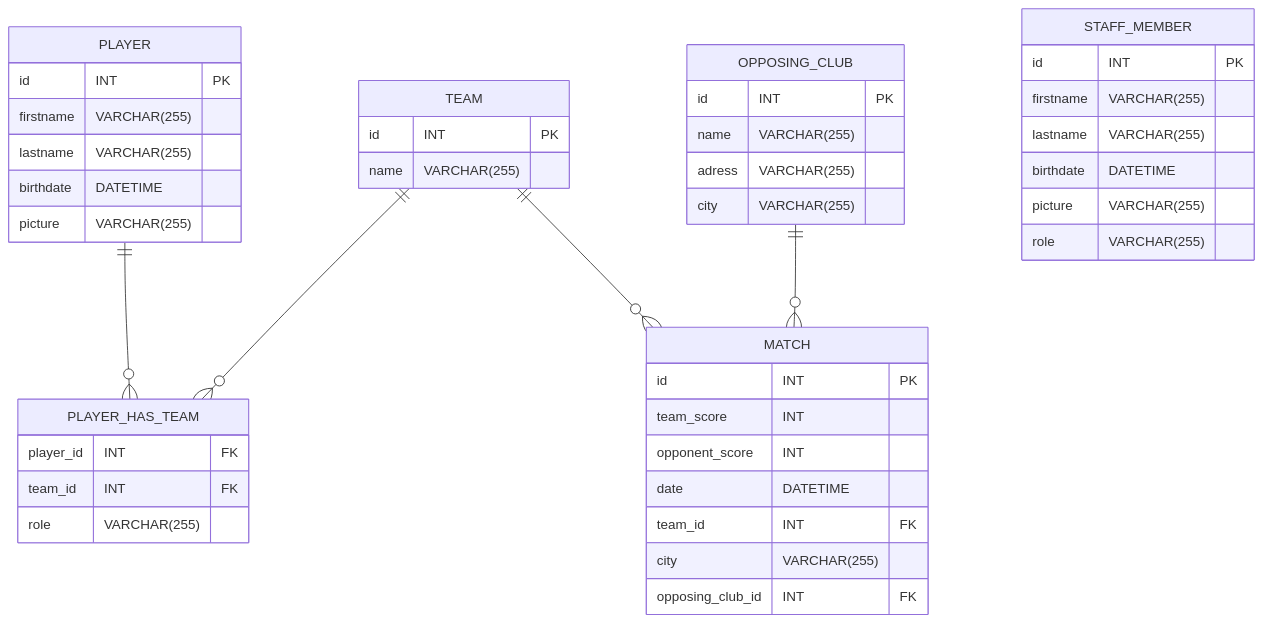
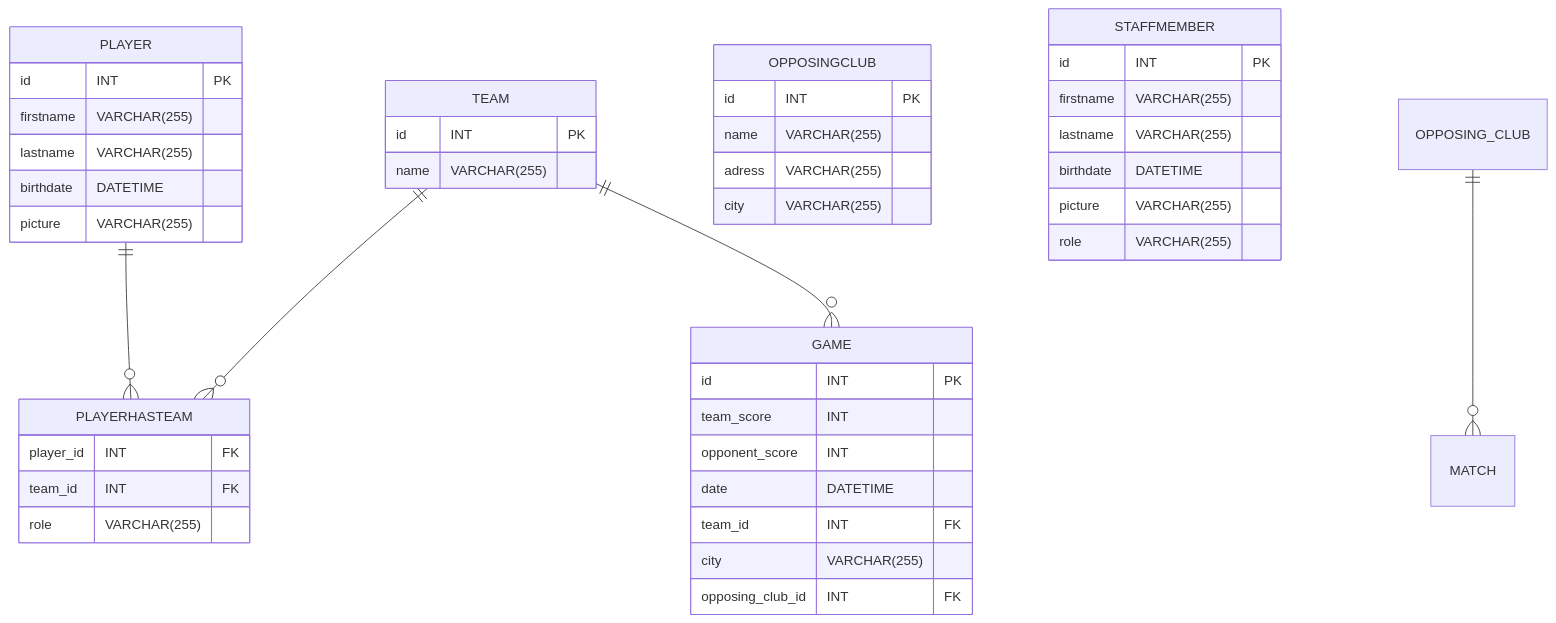
The diagram in README.md (Askeri0ns/EsportClub-Project), drawn with Mermaid before and after one commit.

Commit message:
Refactor database schema names in README.md

````diff
--- a/README.md
+++ b/README.md
@@ -4,47 +4,47 @@
 ```mermaid
 erDiagram
 	PLAYER {
 		id INT PK
 		firstname VARCHAR(255)
 		lastname VARCHAR(255)
 		birthdate DATETIME
 		picture VARCHAR(255)
 	}
-	PLAYER_HAS_TEAM {
+	PLAYERHASTEAM {
 		player_id INT FK
 		team_id INT FK
 		role VARCHAR(255)
 	}
 	TEAM {
 		id INT PK
 		name VARCHAR(255)
 	}
-	MATCH {
+	GAME {
 		id INT PK
 		team_score INT
 		opponent_score INT
 		date DATETIME
 		team_id INT FK
 		city VARCHAR(255)
 		opposing_club_id INT FK
 	}
-	OPPOSING_CLUB {
+	OPPOSINGCLUB {
 		id INT PK
 		name VARCHAR(255)
 		adress VARCHAR(255)
 		city VARCHAR(255)
 	}
-	STAFF_MEMBER {
+	STAFFMEMBER {
 		id INT PK
 		firstname VARCHAR(255)
 		lastname VARCHAR(255)
 		birthdate DATETIME
 		picture VARCHAR(255)
 		role VARCHAR(255)
 	}
 	
-	TEAM ||--o{ PLAYER_HAS_TEAM : ""
-	PLAYER ||--o{ PLAYER_HAS_TEAM : ""
-	TEAM ||--o{ MATCH : ""
+	TEAM ||--o{ PLAYERHASTEAM : ""
+	PLAYER ||--o{ PLAYERHASTEAM : ""
+	TEAM ||--o{ GAME : ""
 	OPPOSING_CLUB ||--o{ MATCH : ""
 ```
````
